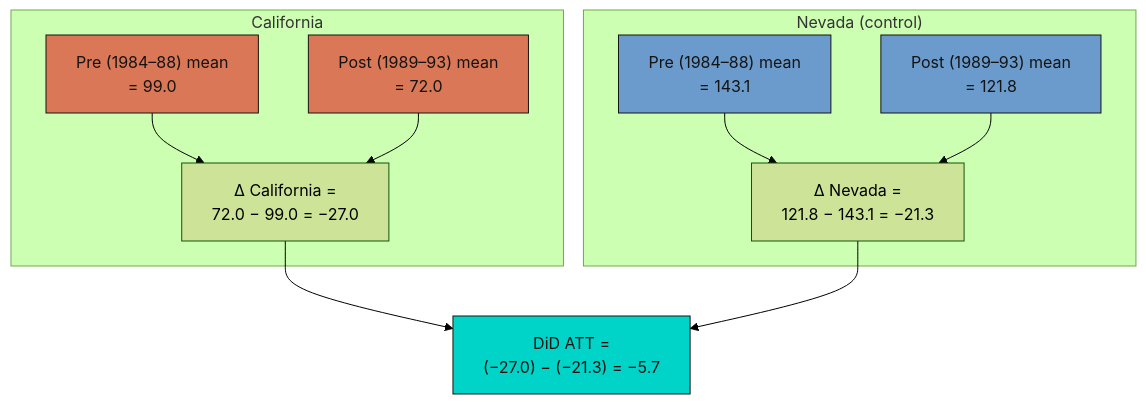
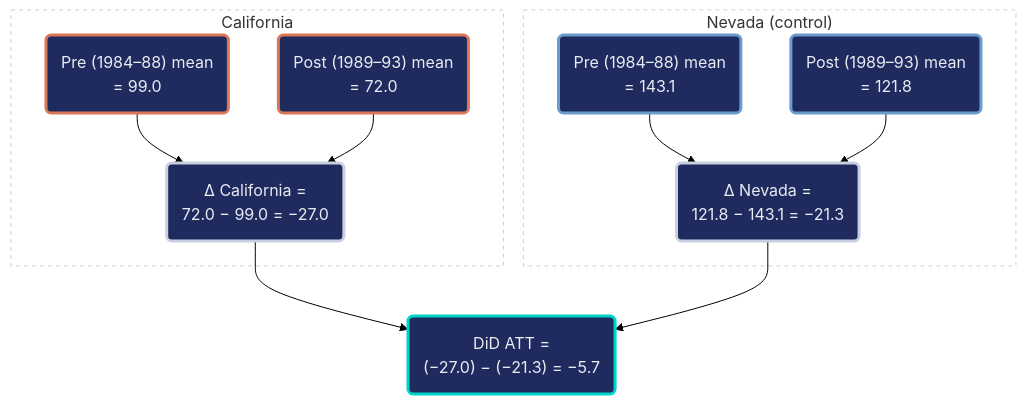
Before and after one commit to cmg777/starter-academic-v501: the third of 5 diagrams in content/post/r_causalpolicy_workshop/index.md, drawn with Mermaid (forest theme). The commit also changed other lines of this file and 13 other files, not shown here.

First line of the commit message:
content(mermaid): restyle flowcharts in R posts

````diff
--- a/content/post/r_causalpolicy_workshop/index.md
+++ b/content/post/r_causalpolicy_workshop/index.md
@@ -635,19 +639,23 @@
 ```mermaid
 flowchart TB
-    subgraph "California"
-        CA_pre["Pre (1984–88) mean<br/>= 99.0"] --> CA_d["Δ California =<br/>72.0 − 99.0 = −27.0"]
-        CA_post["Post (1989–93) mean<br/>= 72.0"] --> CA_d
+    subgraph SG1["California"]
+        CA_pre("Pre (1984–88) mean<br/>= 99.0") --> CA_d("Δ California =<br/>72.0 − 99.0 = −27.0")
+        CA_post("Post (1989–93) mean<br/>= 72.0") --> CA_d
     end
-    subgraph "Nevada (control)"
-        NV_pre["Pre (1984–88) mean<br/>= 143.1"] --> NV_d["Δ Nevada =<br/>121.8 − 143.1 = −21.3"]
-        NV_post["Post (1989–93) mean<br/>= 121.8"] --> NV_d
+    subgraph SG2["Nevada (control)"]
+        NV_pre("Pre (1984–88) mean<br/>= 143.1") --> NV_d("Δ Nevada =<br/>121.8 − 143.1 = −21.3")
+        NV_post("Post (1989–93) mean<br/>= 121.8") --> NV_d
     end
-    CA_d --> DD["DiD ATT =<br/>(−27.0) − (−21.3) = −5.7"]
+    CA_d --> DD("DiD ATT =<br/>(−27.0) − (−21.3) = −5.7")
     NV_d --> DD
-
-    style CA_pre fill:#d97757,stroke:#141413,color:#141413
-    style CA_post fill:#d97757,stroke:#141413,color:#141413
-    style NV_pre fill:#6a9bcc,stroke:#141413,color:#141413
-    style NV_post fill:#6a9bcc,stroke:#141413,color:#141413
-    style DD fill:#00d4c8,stroke:#141413,color:#141413
+    style SG1 fill:none,stroke:#c8d0e0,stroke-width:1px,stroke-dasharray:4 4
+    style SG2 fill:none,stroke:#c8d0e0,stroke-width:1px,stroke-dasharray:4 4
+    classDef orange fill:#1f2b5e,stroke:#d97757,stroke-width:3px,color:#e8ecf2
+    classDef gray fill:#1f2b5e,stroke:#c8d0e0,stroke-width:3px,color:#e8ecf2
+    classDef blue fill:#1f2b5e,stroke:#6a9bcc,stroke-width:3px,color:#e8ecf2
+    classDef teal fill:#1f2b5e,stroke:#00d4c8,stroke-width:3px,color:#e8ecf2
+    class CA_pre,CA_post orange
+    class CA_d,NV_d gray
+    class NV_pre,NV_post blue
+    class DD teal
 ```
````
